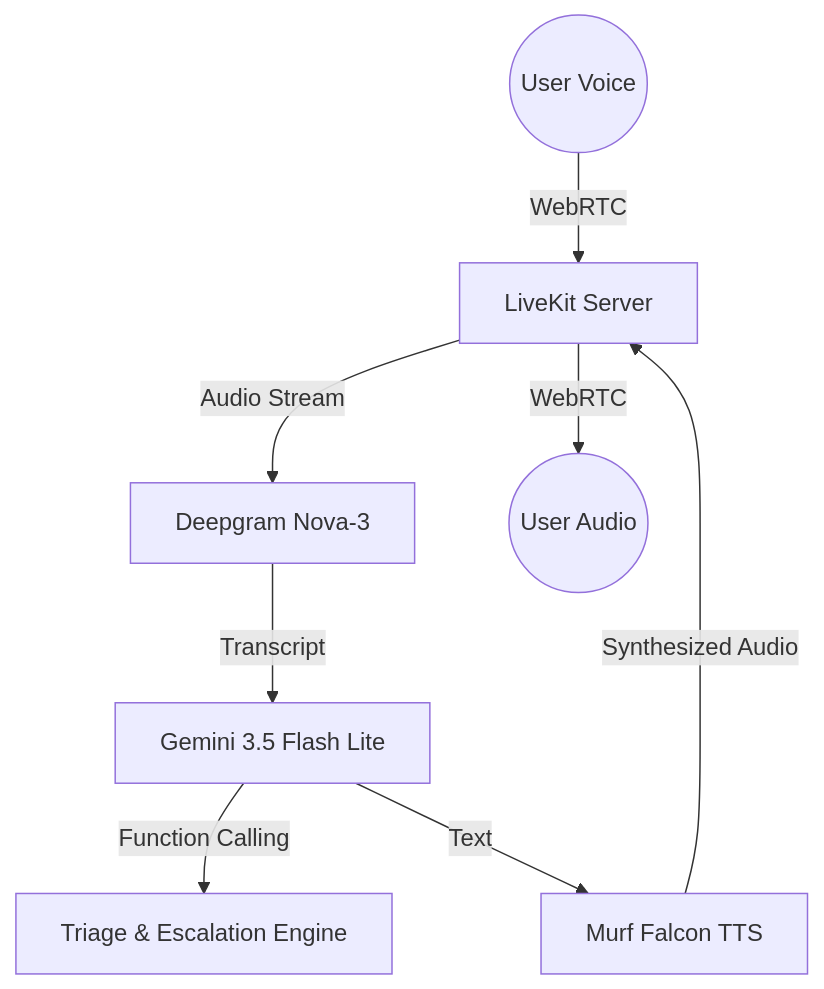
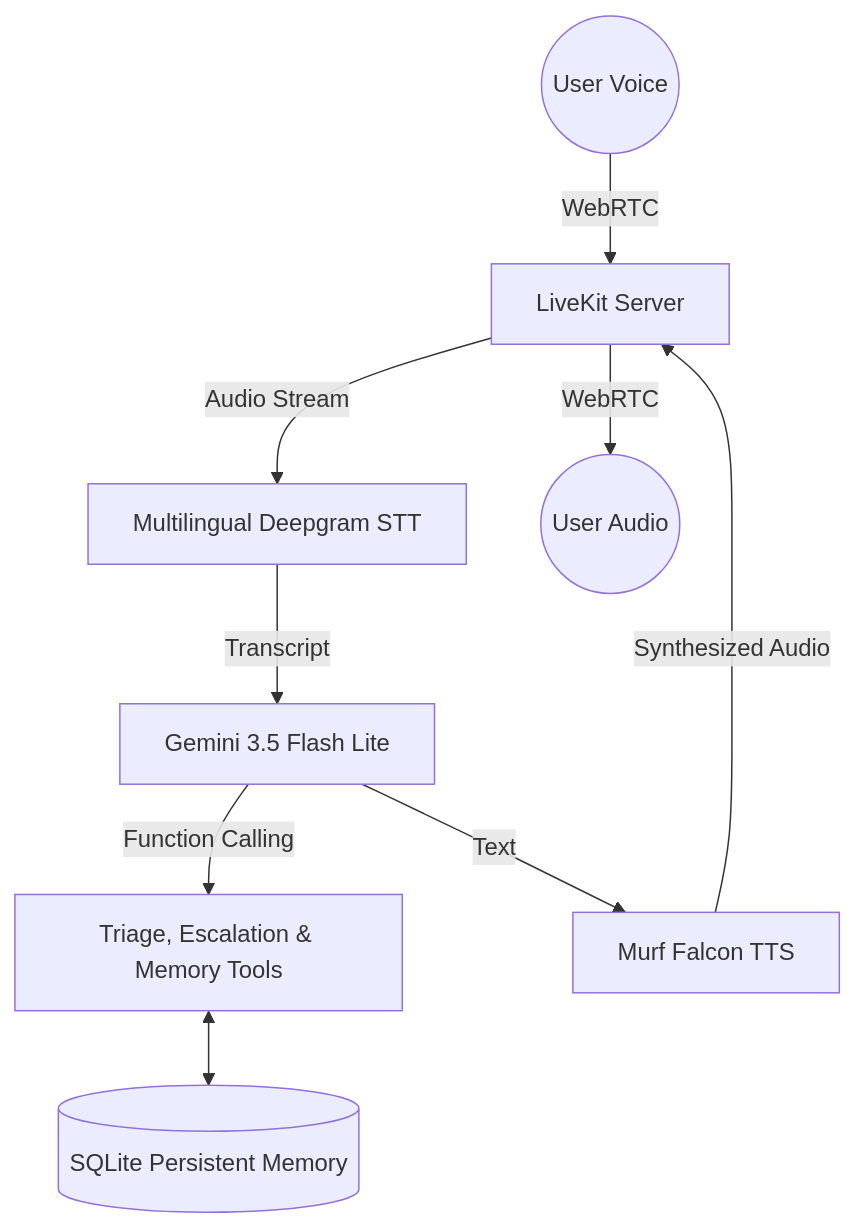
One commit to manthansingh26/murf-livekit-starter changed the diagram in README.md. Above: the diagram before and after it, drawn with Mermaid. The commit also changed other lines of this file, not shown here.

Commit message:
docs: update README.md with Day 4 persistent memory & proactive consent features

````diff
--- a/README.md
+++ b/README.md
@@ -33,10 +39,11 @@
 ```mermaid
 graph TD
     User((User Voice)) -->|WebRTC| LiveKit[LiveKit Server]
-    LiveKit -->|Audio Stream| STT[Deepgram Nova-3]
+    LiveKit -->|Audio Stream| STT[Multilingual Deepgram STT]
     STT -->|Transcript| LLM[Gemini 3.5 Flash Lite]
-    LLM -->|Function Calling| Tools[Triage & Escalation Engine]
+    LLM -->|Function Calling| Tools[Triage, Escalation & Memory Tools]
+    Tools <--> DB[(SQLite Persistent Memory)]
     LLM -->|Text| TTS[Murf Falcon TTS]
     TTS -->|Synthesized Audio| LiveKit
     LiveKit -->|WebRTC| UserEar((User Audio))
 ```
````
